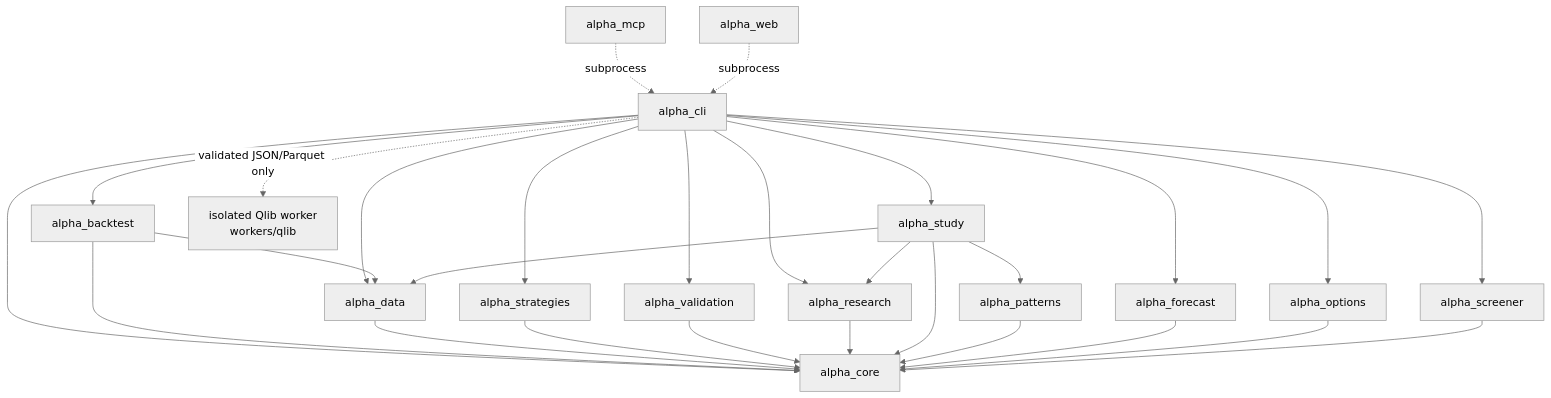
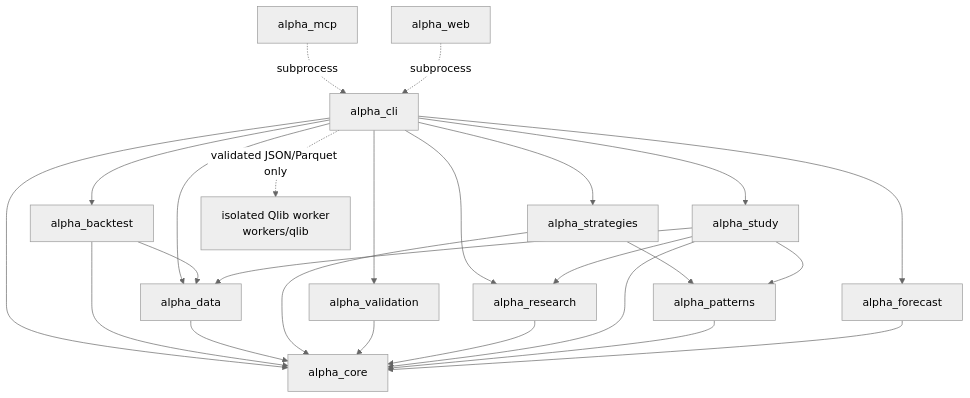
Before and after one commit to tradingsystem1880-eng/Project-ALPHA: the first of 7 diagrams in docs/ARCHITECTURE.md, drawn with Mermaid (neutral theme). The commit also changed other lines of this file and 122 other files, not shown here.

Commit message:
feat(research): recover technical charts and CASH execution safeguards

````diff
--- a/docs/ARCHITECTURE.md
+++ b/docs/ARCHITECTURE.md
@@ -20,45 +20,40 @@
 ```mermaid
 graph TD
     mcp[alpha_mcp]
     web[alpha_web]
     cli[alpha_cli]
     bt[alpha_backtest]
     data[alpha_data]
     strat[alpha_strategies]
     val[alpha_validation]
     research[alpha_research]
     study[alpha_study]
     fc[alpha_forecast]
-    opt[alpha_options]
-    screen[alpha_screener]
     core[alpha_core]
     qlib["isolated Qlib worker\nworkers/qlib"]
 
     mcp -. subprocess .-> cli
     web -. subprocess .-> cli
     cli --> bt
     cli --> data
     cli --> strat
     cli --> val
     cli --> research
     cli --> study
     cli --> fc
-    cli --> opt
-    cli --> screen
     cli --> core
     bt --> data
     bt --> core
     data --> core
+    strat --> patterns
     strat --> core
     val --> core
     research --> core
     study --> core
     study --> data
     study --> patterns
     study --> research
     patterns[alpha_patterns] --> core
     fc --> core
-    opt --> core
-    screen --> core
     cli -. "validated JSON/Parquet only" .-> qlib
 ```
````
